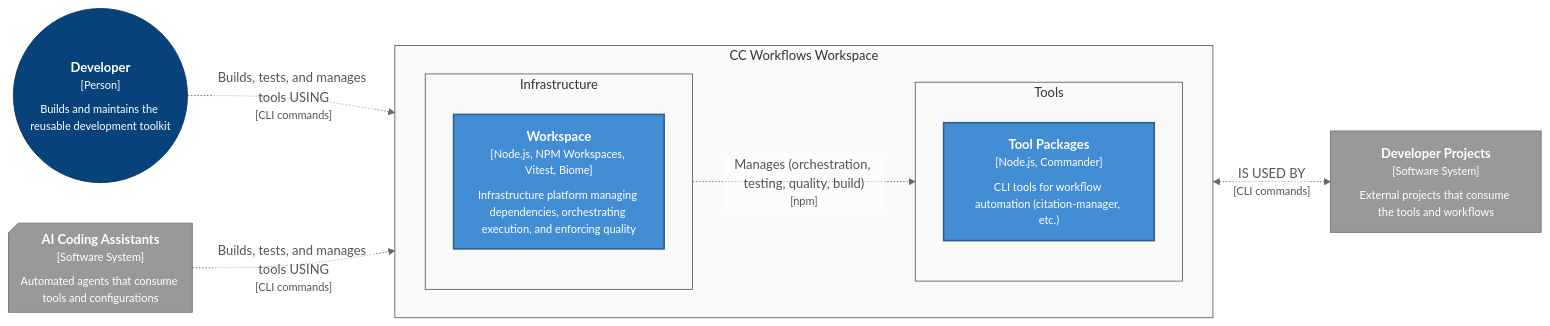
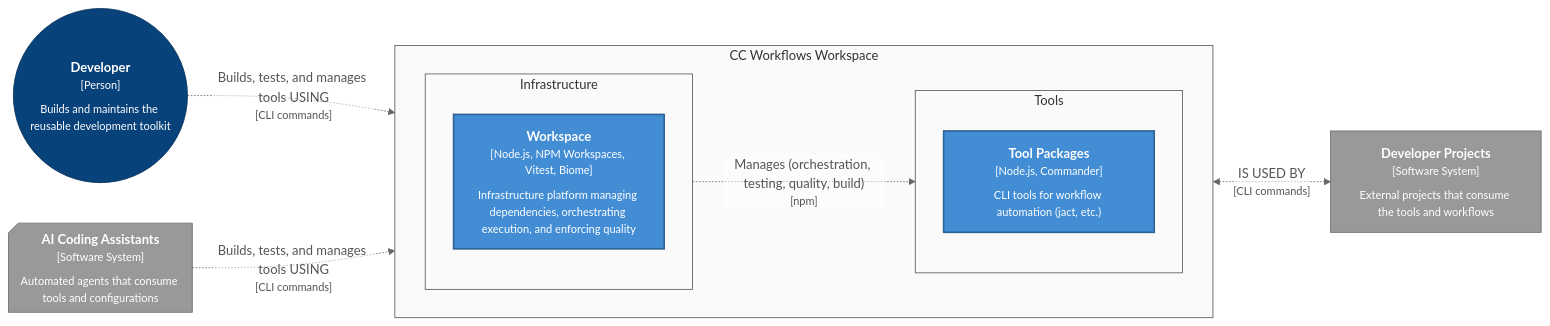
One commit to WesleyMFrederick/jact changed the second of 2 diagrams in ARCHITECTURE.md. Above: the diagram before and after it, drawn with Mermaid (neutral theme). The commit also changed other lines of this file and 38 other files, not shown here.

Commit message:
refactor: rename citation-manager to jact cli

````diff
--- a/ARCHITECTURE.md
+++ b/ARCHITECTURE.md
@@ -124,46 +124,46 @@
 ```mermaid
 graph LR
     subgraph systemBoundary ["CC Workflows Workspace"]
         direction LR
         style systemBoundary fill:#fafafa, stroke:#555555
 
         subgraph infrastructure ["Infrastructure"]
             direction TB
             style infrastructure fill:transparent, stroke:#555555
 
             workspace["<div style='font-weight: bold'>Workspace</div><div style='font-size: 85%; margin-top: 0px'>[Node.js, NPM Workspaces, Vitest, Biome]</div><div style='font-size: 85%; margin-top:10px'>Infrastructure platform managing dependencies, orchestrating execution, and enforcing quality</div>"]
             style workspace fill:#438dd5,stroke:#2e6295,color:#ffffff
         end
 
         subgraph tools ["Tools"]
             direction TB
             style tools fill:transparent, stroke:#555555
 
-            toolPackages["<div style='font-weight: bold'>Tool Packages</div><div style='font-size: 85%; margin-top: 0px'>[Node.js, Commander]</div><div style='font-size: 85%; margin-top:10px'>CLI tools for workflow automation (citation-manager, etc.)</div>"]
+            toolPackages["<div style='font-weight: bold'>Tool Packages</div><div style='font-size: 85%; margin-top: 0px'>[Node.js, Commander]</div><div style='font-size: 85%; margin-top:10px'>CLI tools for workflow automation (jact, etc.)</div>"]
             style toolPackages fill:#438dd5,stroke:#2e6295,color:#ffffff
         end
 
         
     end
 
     developer["<div style='font-weight: bold'>Developer</div><div style='font-size: 85%; margin-top: 0px'>[Person]</div><div style='font-size: 85%; margin-top:10px'>Builds and maintains the reusable development toolkit</div>"]@{ shape: circle }
     style developer fill:#08427b,stroke:#052e56,color:#ffffff
 
     aiAssistants["<div style='font-weight: bold'>AI Coding Assistants</div><div style='font-size: 85%; margin-top: 0px'>[Software System]</div><div style='font-size: 85%; margin-top:10px'>Automated agents that consume tools and configurations</div>"]@{ shape: notch-rect }
     style aiAssistants fill:#999999,stroke:#6b6b6b,color:#ffffff
 
     devProjects["<div style='font-weight: bold'>Developer Projects</div><div style='font-size: 85%; margin-top: 0px'>[Software System]</div><div style='font-size: 85%; margin-top:10px'>External projects that consume the tools and workflows</div>"]
     style devProjects fill:#999999,stroke:#6b6b6b,color:#ffffff
  
     developer-. "<div>Builds, tests, and manages tools USING</div><div style='font-size: 85%'>[CLI commands]</div>" .->workspace
     aiAssistants-. "<div>Builds, tests, and manages tools USING</div><div style='font-size: 85%'>[CLI commands]</div>" .->workspace
     
     workspace-. "<div>Manages (orchestration, testing, quality, build)</div><div style='font-size: 85%'>[npm]</div>" .->toolPackages
     
     tools<-. "<div>IS USED BY</div><div style='font-size: 85%'>[CLI commands]</div>" .->devProjects
 
     linkStyle default color:#555555
 
     classDef softwareSystemFocus stroke-width:2px, fill:transparent
     class workspace,toolPackages softwareSystemFocus
 ```
````
